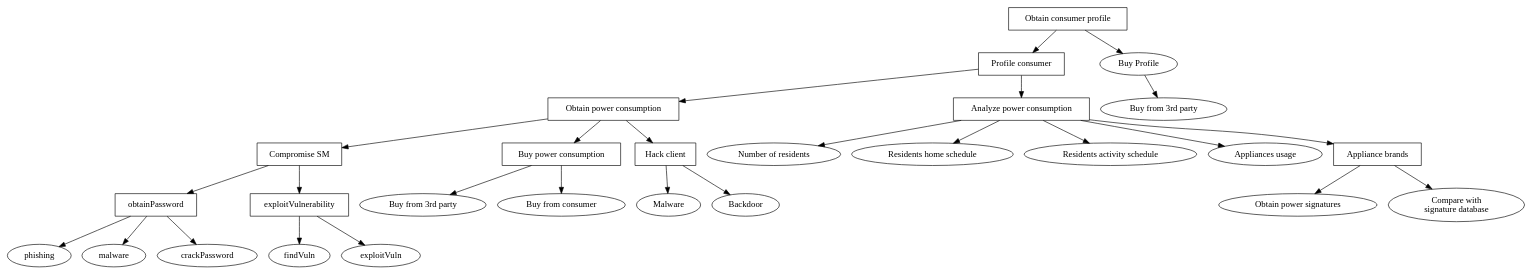
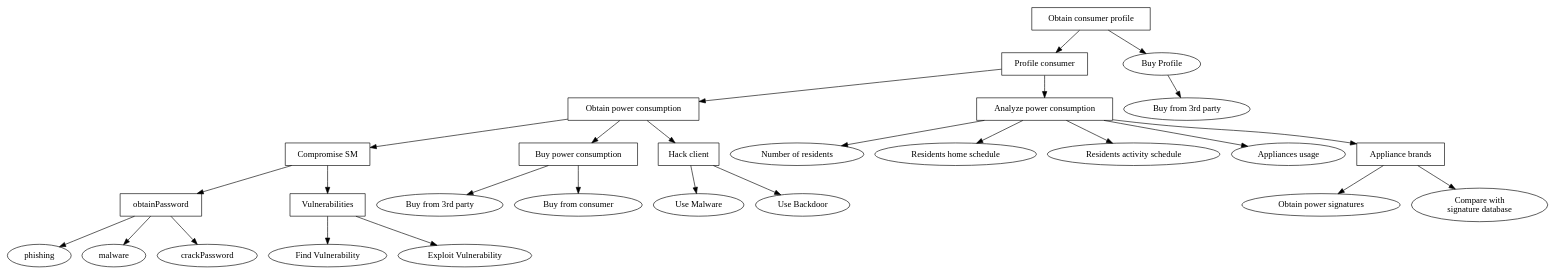
One commit to des904e15/report changed the diagram in figures/graphviz/information_stealing_vs_consumer_tree.dot. Above: the diagram before and after it, drawn with Graphviz.

Commit message:
Added sentences. #58

```diff
--- a/figures/graphviz/information_stealing_vs_consumer_tree.dot
+++ b/figures/graphviz/information_stealing_vs_consumer_tree.dot
@@ -1,57 +1,60 @@
 digraph G{
 	node [style=filled fillcolor=white]
 
 	root[label="Obtain consumer profile",shape=OR];	
 
 	root -> profile;
 	buyProfile[label="Buy Profile"];
 	root -> buyProfile;
 
 	buy_third_party2[label="Buy from 3rd party"];
 	buyProfile ->  buy_third_party2;
 
 	profile[label="Profile consumer",shape=AND];
 
 	obtain_information[label="Obtain power consumption",shape=OR];
 	analyse_power_consumption[label="Analyze power consumption",shape=OR];
 
 	compromise_sm[label="Compromise SM",shape=OR];
-		compromise_sm -> obtainPassword;
+	compromise_sm -> obtainPassword;
+	exploitVulnerability[label="Vulnerabilities"];
 		compromise_sm -> exploitVulnerability;
 
 		obtainPassword[shape=OR];
 		obtainPassword -> phishing;
 		malware2[label="malware"];
 		obtainPassword -> malware2;
 		obtainPassword -> crackPassword;
 
 		exploitVulnerability[shape=AND];
+		findVuln[label="Find Vulnerability"];
 		exploitVulnerability -> findVuln;
+		exploitVuln[label="Exploit Vulnerability"];
 		exploitVulnerability -> exploitVuln;
 
 	buy_information[label="Buy power consumption",shape=OR]
 	hack_client[label="Hack client",shape=OR];
 	residents[label="Number of residents"];
 	home[label="Residents home schedule"];
 	activity_residents[label="Residents activity schedule"];
 	when_appl[label="Appliances usage"];
 	what_appl[label="Appliance brands",shape=AND];
 
 	buy_third_party[label="Buy from 3rd party"];
 	buy_from_consumer[label="Buy from consumer"];
 	
-	malware[label="Malware"];
-	backdoor[label="Backdoor"];
+	malware[label="Use Malware"];
+	backdoor[label="Use Backdoor"];
 	power_signatures[label="Obtain power signatures"];
 	power_compare[label="Compare with \nsignature database"]
 	
 
 	profile -> obtain_information, analyse_power_consumption;
 	obtain_information -> compromise_sm, buy_information, hack_client;
 	analyse_power_consumption ->  residents, activity_residents, home, when_appl, what_appl;
 	buy_information -> buy_third_party, buy_from_consumer;
 	hack_client -> malware, backdoor;
 
 	what_appl -> power_signatures, power_compare;
 	
 	}
```
